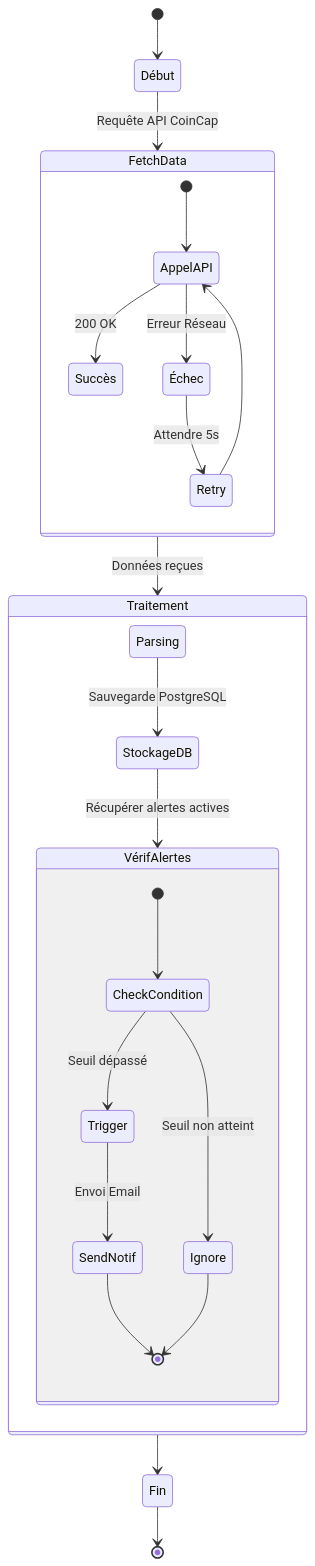
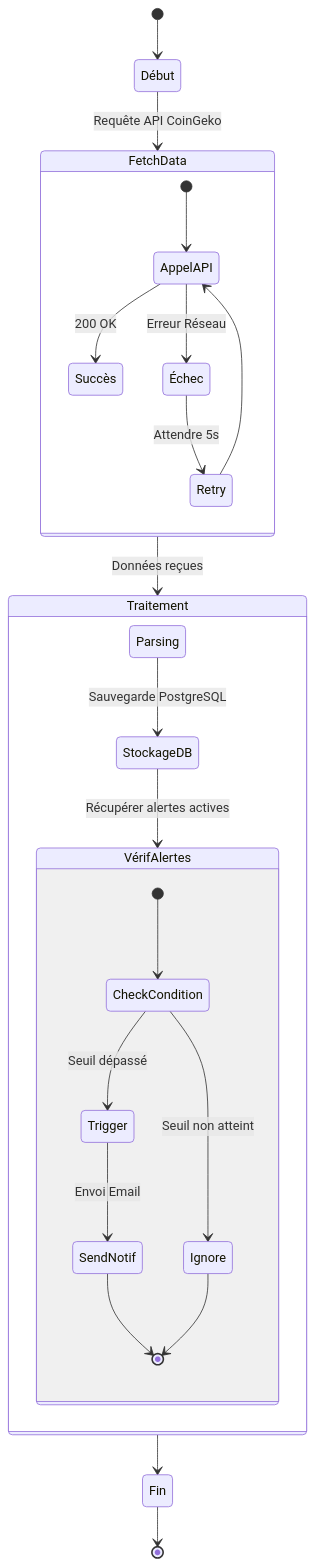
One commit to t-chahbi/crypto-follow changed the fifth of 6 diagrams in diagrammes_mermaid.md. Above: the diagram before and after it, drawn with Mermaid. The commit also changed other lines of this file, not shown here.

Commit message:
replace coincap by coingeko on uml diagramm

````diff
--- a/diagrammes_mermaid.md
+++ b/diagrammes_mermaid.md
@@ -162,32 +162,32 @@
 ```mermaid
 stateDiagram-v2
     [*] --> Début
-    Début --> FetchData : Requête API CoinCap
+    Début --> FetchData : Requête API CoinGeko
     
     state FetchData {
         [*] --> AppelAPI
         AppelAPI --> Succès : 200 OK
         AppelAPI --> Échec : Erreur Réseau
         Échec --> Retry : Attendre 5s
         Retry --> AppelAPI
     }
 
     FetchData --> Traitement : Données reçues
     
     state Traitement {
         Parsing --> StockageDB : Sauvegarde PostgreSQL
         StockageDB --> VérifAlertes : Récupérer alertes actives
         
         state VérifAlertes {
             [*] --> CheckCondition
             CheckCondition --> Trigger : Seuil dépassé
             CheckCondition --> Ignore : Seuil non atteint
             Trigger --> SendNotif : Envoi Email
             SendNotif --> [*]
             Ignore --> [*]
         }
     }
 
     Traitement --> Fin
     Fin --> [*]
 ```
````
